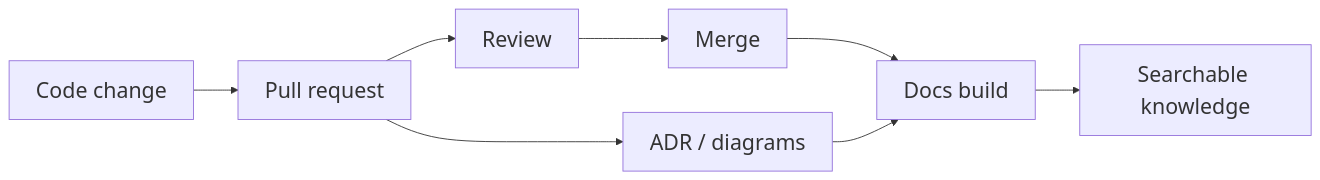
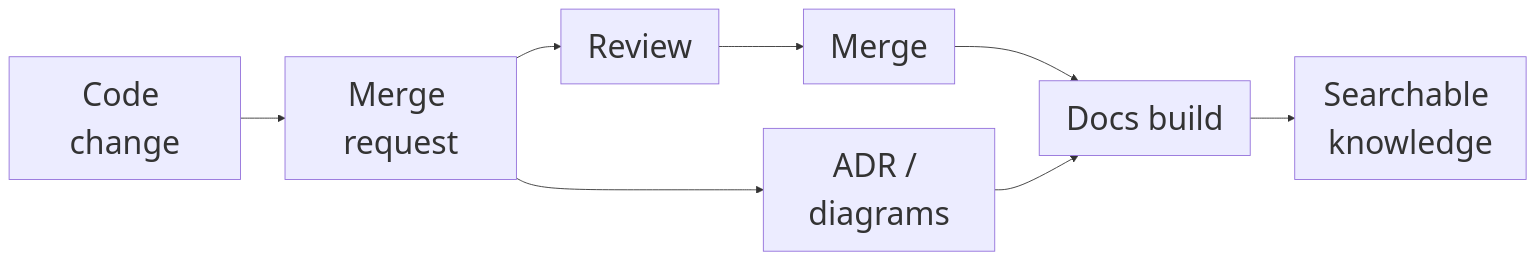
The first of 9 diagrams in slides.md (b-vadym/arch-as-code), drawn with Mermaid before and after one commit. The commit also changed other lines of this file, not shown here.

Commit message:
Enhance "Architecture as Code" section: increase font size in diagram and update terminology from PR to MR for consistency.

````diff
--- a/slides.md
+++ b/slides.md
@@ -124,11 +126,11 @@
 ```mermaid
-%%{init: {"themeVariables": {"fontSize": "24px"}}}%%
+%%{init: {"themeVariables": {"fontSize": "36px"}}}%%
 flowchart LR
-  Change["Code change"] --> PR["Pull request"]
-  PR --> Review["Review"]
+  Change["Code change"] --> MR["Merge request"]
+  MR --> Review["Review"]
   Review --> Merge["Merge"]
   Merge --> Docs["Docs build"]
-  PR --> ADR["ADR / diagrams"]
+  MR --> ADR["ADR / diagrams"]
   ADR --> Docs
   Docs --> Knowledge["Searchable knowledge"]
 ```
````
